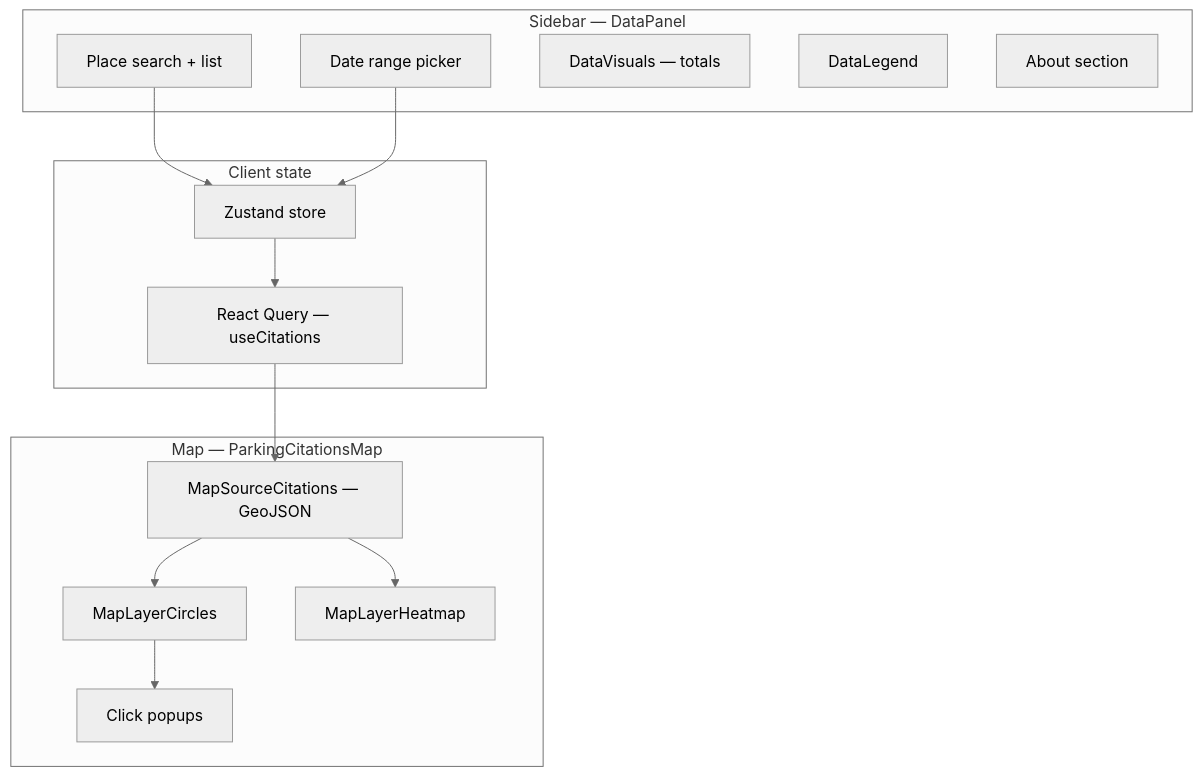
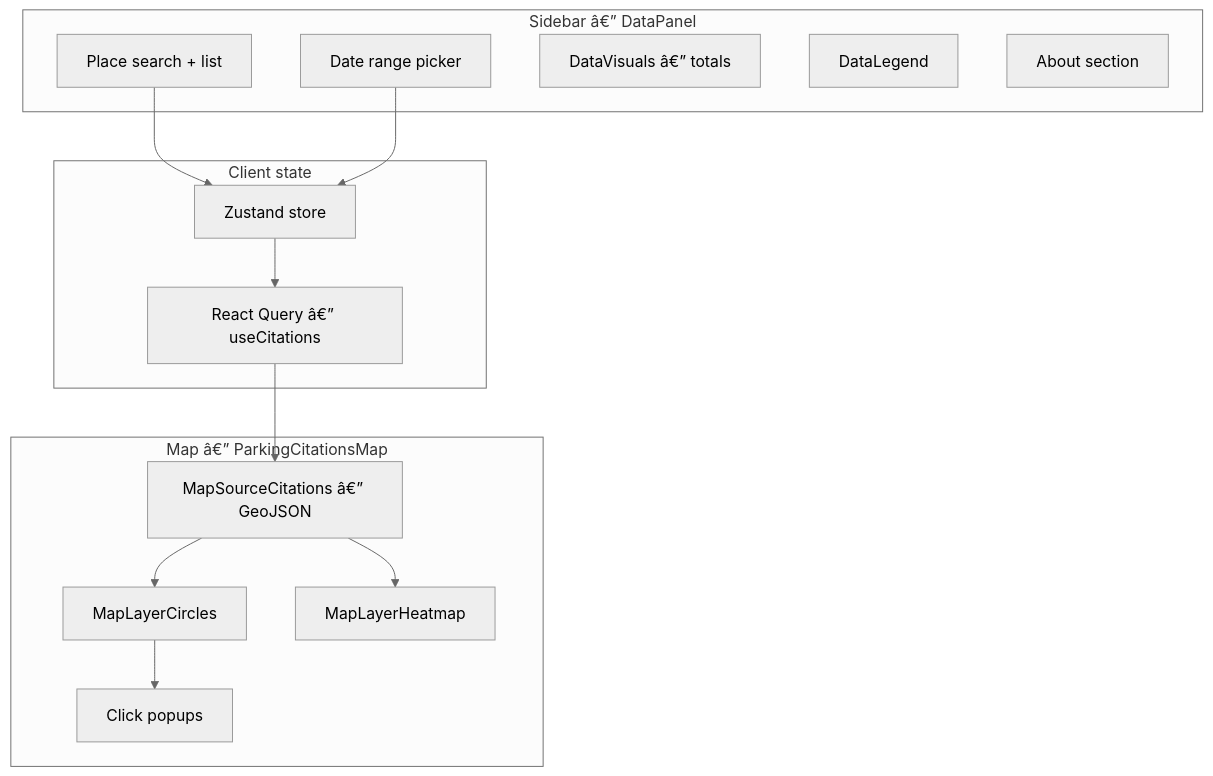
One commit to gregpawin/lucky-parking changed the first of 4 diagrams in docs/03-web-application.md. Above: the diagram before and after it, drawn with Mermaid (neutral theme). The commit also changed other lines of this file and 199 other files, not shown here.

````diff
--- a/docs/03-web-application.md
+++ b/docs/03-web-application.md
@@ -17,30 +19,30 @@
 ```mermaid
 flowchart TB
-    subgraph sidebar [Sidebar — DataPanel]
+    subgraph sidebar [Sidebar â€” DataPanel]
         Places[Place search + list]
         Dates[Date range picker]
-        Stats[DataVisuals — totals]
+        Stats[DataVisuals â€” totals]
         Legend[DataLegend]
         About[About section]
     end
 
-    subgraph map [Map — ParkingCitationsMap]
-        Source[MapSourceCitations — GeoJSON]
+    subgraph map [Map â€” ParkingCitationsMap]
+        Source[MapSourceCitations â€” GeoJSON]
         Circles[MapLayerCircles]
         Heat[MapLayerHeatmap]
         Popup[Click popups]
     end
 
     subgraph state [Client state]
         Store[Zustand store]
-        RQ[React Query — useCitations]
+        RQ[React Query â€” useCitations]
     end
 
     Places --> Store
     Dates --> Store
     Store --> RQ
     RQ --> Source
     Source --> Circles
     Source --> Heat
     Circles --> Popup
 ```
````
